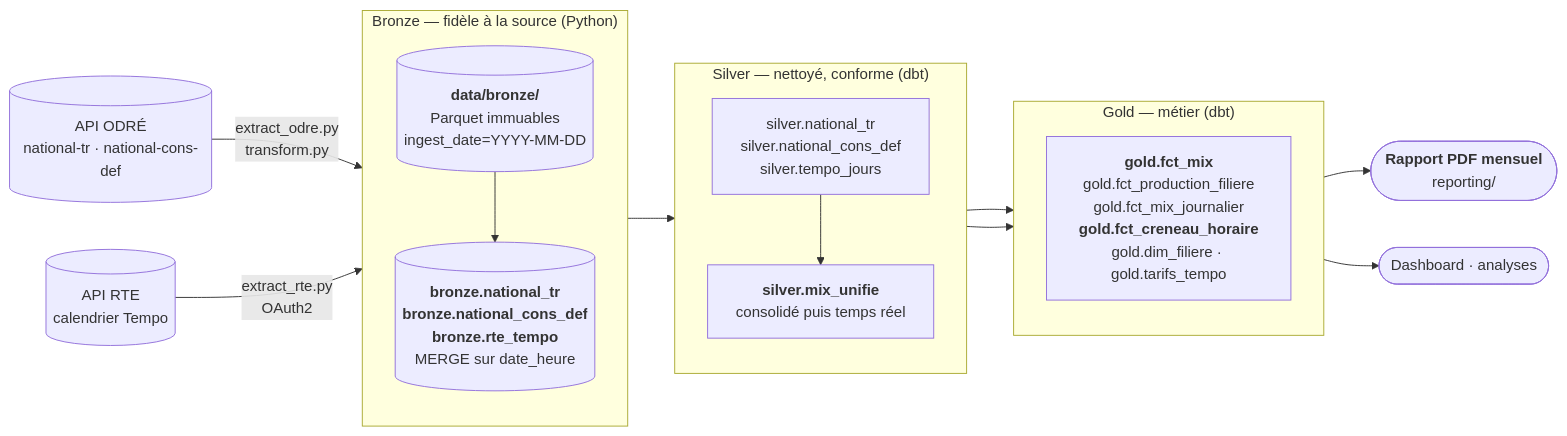
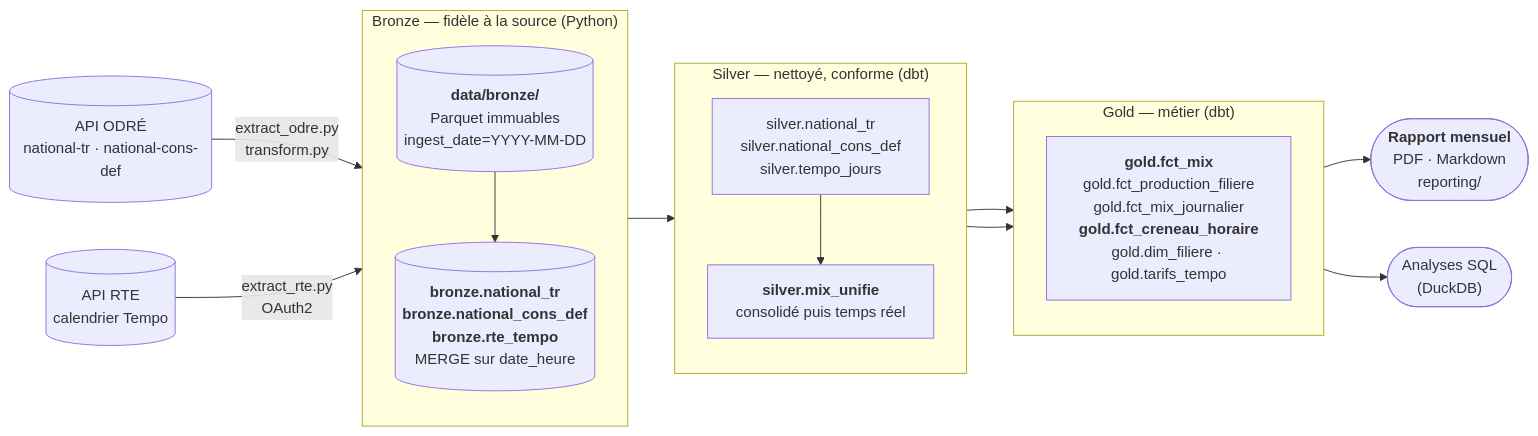
One commit to Elias-Ouafi/eco2mix-data-platform changed the diagram in README.md. Above: the diagram before and after it, drawn with Mermaid. The commit also changed other lines of this file and 10 other files, not shown here.

First line of the commit message:
Rapport mensuel en Markdown, historique 2012+ et projet Astro prêt

````diff
--- a/README.md
+++ b/README.md
@@ -23,32 +23,32 @@
 ```mermaid
 flowchart LR
     ODRE[("API ODRÉ<br/>national-tr · national-cons-def")]
     RTE[("API RTE<br/>calendrier Tempo")]
 
     subgraph BRONZE["Bronze — fidèle à la source (Python)"]
         direction TB
         PARQUET[("<b>data/bronze/</b><br/>Parquet immuables<br/>ingest_date=YYYY-MM-DD")]
         BTABLES[("<b>bronze.national_tr</b><br/><b>bronze.national_cons_def</b><br/><b>bronze.rte_tempo</b><br/>MERGE sur date_heure")]
         PARQUET --> BTABLES
     end
 
     subgraph SILVER["Silver — nettoyé, conforme (dbt)"]
         direction TB
         STR["silver.national_tr<br/>silver.national_cons_def<br/>silver.tempo_jours"]
         MIX["<b>silver.mix_unifie</b><br/>consolidé puis temps réel"]
         STR --> MIX
     end
 
     subgraph GOLD["Gold — métier (dbt)"]
         direction TB
         FCT["<b>gold.fct_mix</b><br/>gold.fct_production_filiere<br/>gold.fct_mix_journalier<br/><b>gold.fct_creneau_horaire</b><br/>gold.dim_filiere · gold.tarifs_tempo"]
     end
 
     ODRE -->|"extract_odre.py<br/>transform.py"| PARQUET
     RTE -->|"extract_rte.py<br/>OAuth2"| PARQUET
     BTABLES --> STR
     MIX --> FCT
     STR --> FCT
-    FCT --> PDF(["<b>Rapport PDF mensuel</b><br/>reporting/"])
-    FCT --> USE(["Dashboard · analyses"])
+    FCT --> RAPPORT(["<b>Rapport mensuel</b><br/>PDF · Markdown<br/>reporting/"])
+    FCT --> USE(["Analyses SQL<br/>(DuckDB)"])
 ```
````
